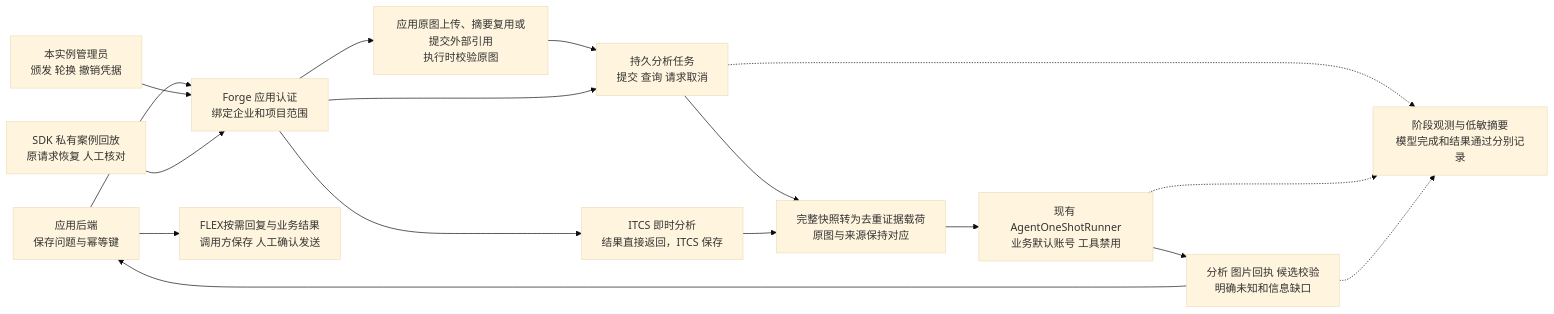
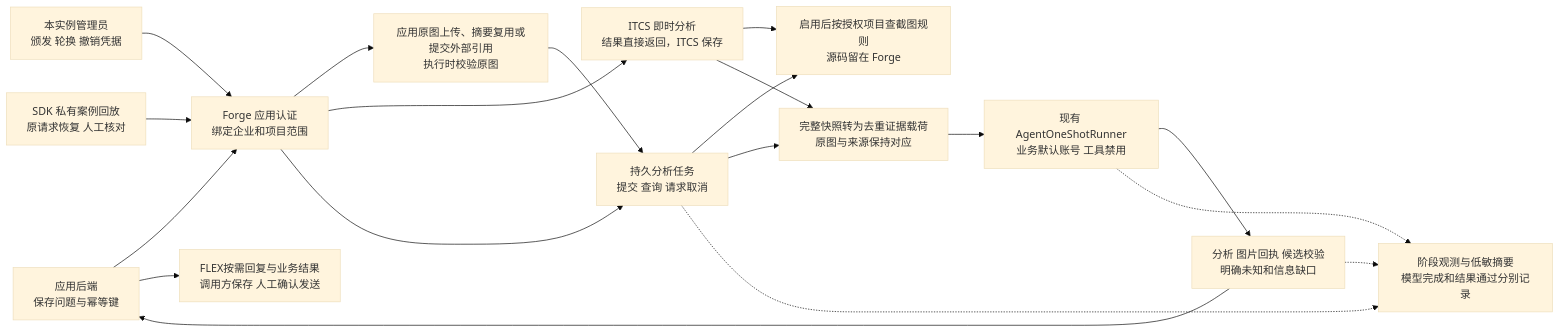
One commit to exception-coder/kai-toolbox changed diagram 53 of 54 in docs/ai-coding-architecture.md. Above: the diagram before and after it, drawn with Mermaid (base theme). The commit also changed other lines of this file and 10 other files, not shown here.

First line of the commit message:
feat(fore-consult): 为外部截图分析补充定向源码查证

````diff
--- a/docs/ai-coding-architecture.md
+++ b/docs/ai-coding-architecture.md
@@ -1312,19 +1312,21 @@
 ```mermaid
 flowchart LR
     APP["应用后端<br/>保存问题与幂等键"] --> AUTH["Forge 应用认证<br/>绑定企业和项目范围"]
     ADMIN["本实例管理员<br/>颁发 轮换 撤销凭据"] --> AUTH
     AUTH --> IMAGE["应用原图上传、摘要复用或提交外部引用<br/>执行时校验原图"]
     AUTH --> DIRECT["ITCS 即时分析<br/>结果直接返回，ITCS 保存"]
+    DIRECT --> LOOKUP["启用后按授权项目查截图规则<br/>源码留在 Forge"]
+    TASK --> LOOKUP
     IMAGE --> TASK["持久分析任务<br/>提交 查询 请求取消"]
     AUTH --> TASK
     TASK --> DATA["完整快照转为去重证据载荷<br/>原图与来源保持对应"]
     DIRECT --> DATA
     DATA --> AGENT["现有 AgentOneShotRunner<br/>业务默认账号 工具禁用"]
     AGENT --> CHECK["分析 图片回执 候选校验<br/>明确未知和信息缺口"]
     CHECK --> APP
     APP --> HUMAN["FLEX按需回复与业务结果<br/>调用方保存 人工确认发送"]
     REPLAY["SDK 私有案例回放<br/>原请求恢复 人工核对"] --> AUTH
     TASK -.-> OBS["阶段观测与低敏摘要<br/>模型完成和结果通过分别记录"]
     AGENT -.-> OBS
     CHECK -.-> OBS
 ```
````
